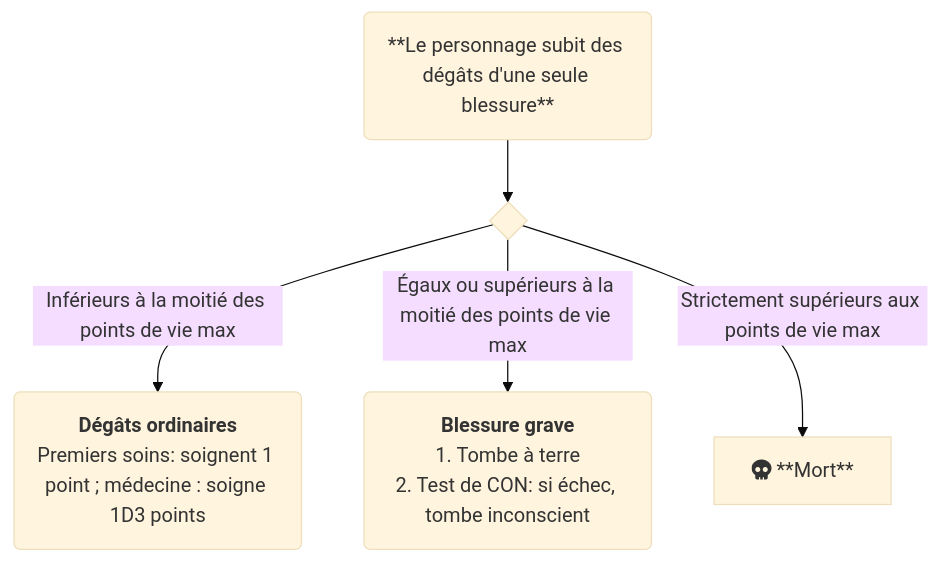
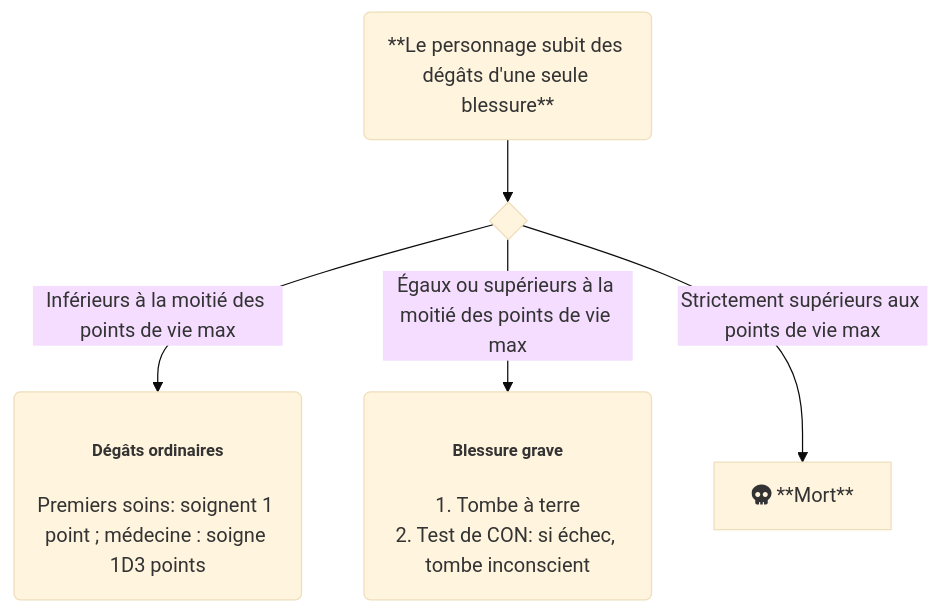
Before and after one commit to Mikaciu/Mikaciu.github.io: the first of 2 diagrams in jdr/adc/aide_memoire.md, drawn with Mermaid (base theme).

Commit message:
fix: formatting

````diff
--- a/jdr/adc/aide_memoire.md
+++ b/jdr/adc/aide_memoire.md
@@ -92,12 +92,12 @@
 ```mermaid
 flowchart TD;
 
 perso("**Le personnage subit des dégâts d'une seule blessure**") --> subit{ }
 
 subit -->|Inférieurs à la moitié des points de vie max| inferieur
 subit -->|Égaux ou supérieurs à la moitié des points de vie max| sup_egal
 subit -->|Strictement supérieurs aux points de vie max| sup_strict["fa:fa-skull **Mort**"]
 
-inferieur("`**Dégâts ordinaires**<br>Premiers soins: soignent 1 point ; médecine : soigne 1D3 points`")
-sup_egal("`**Blessure grave**<br>1. Tombe à terre<br>2. Test de CON: si échec, tombe inconscient`")
+inferieur("`<h5>Dégâts ordinaires</h5>Premiers soins: soignent 1 point ; médecine : soigne 1D3 points`")
+sup_egal("`<h5>Blessure grave</h5>1. Tombe à terre<br>2. Test de CON: si échec, tombe inconscient`")
 ```
````
